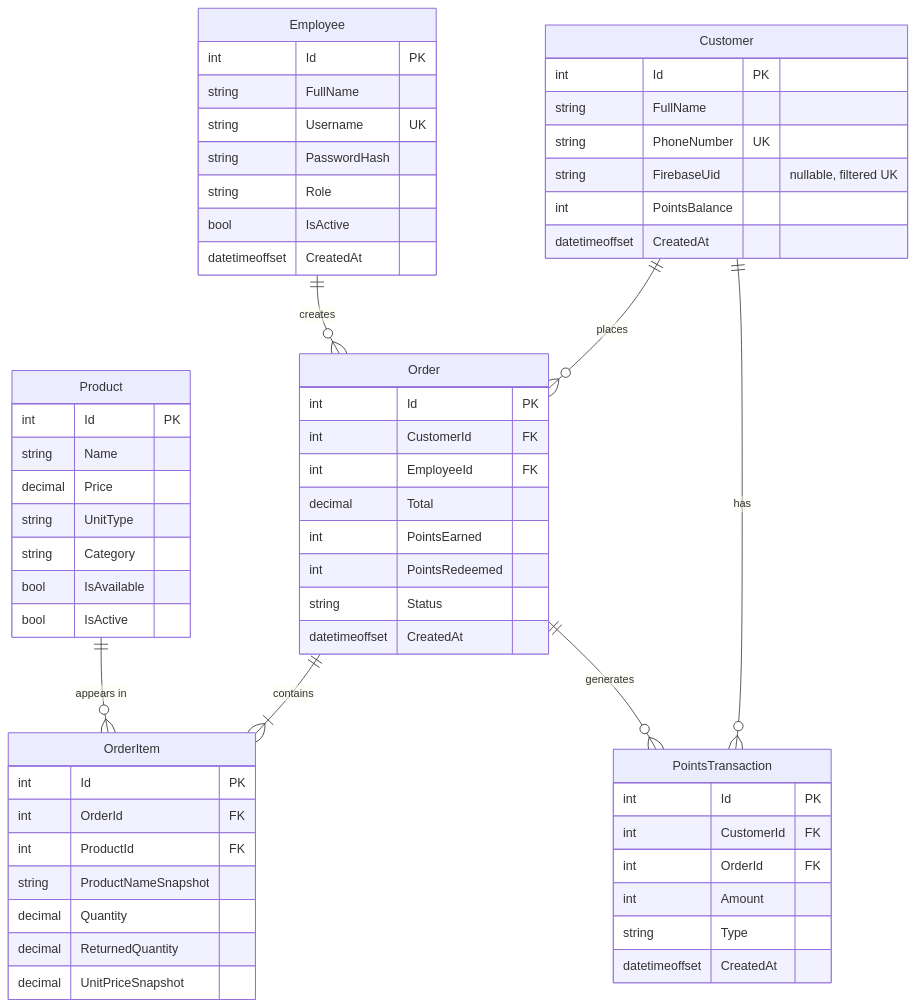
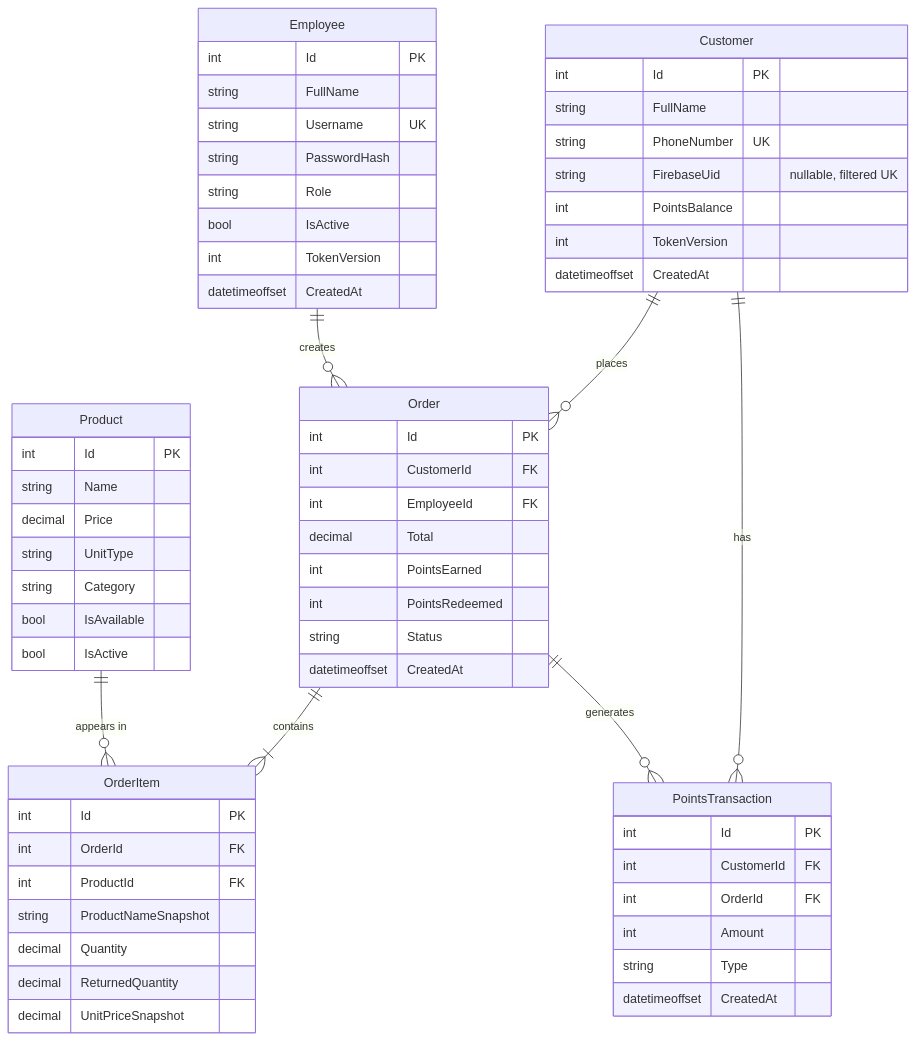
One commit to Mohammad-abdelhadi-2006/coffee-loyalty-system changed the diagram in docs/ERD.md. Above: the diagram before and after it, drawn with Mermaid. The commit also changed other lines of this file and 17 other files, not shown here.

````diff
--- a/docs/ERD.md
+++ b/docs/ERD.md
@@ -3,63 +3,65 @@
 ```mermaid
 erDiagram
     Customer {
         int Id PK
         string FullName
         string PhoneNumber UK
         string FirebaseUid "nullable, filtered UK"
         int PointsBalance
+        int TokenVersion
         datetimeoffset CreatedAt
     }
     Employee {
         int Id PK
         string FullName
         string Username UK
         string PasswordHash
         string Role
         bool IsActive
+        int TokenVersion
         datetimeoffset CreatedAt
     }
     Product {
         int Id PK
         string Name
         decimal Price
         string UnitType
         string Category
         bool IsAvailable
         bool IsActive
     }
     Order {
         int Id PK
         int CustomerId FK
         int EmployeeId FK
         decimal Total
         int PointsEarned
         int PointsRedeemed
         string Status
         datetimeoffset CreatedAt
     }
     OrderItem {
         int Id PK
         int OrderId FK
         int ProductId FK
         string ProductNameSnapshot
         decimal Quantity
         decimal ReturnedQuantity
         decimal UnitPriceSnapshot
     }
     PointsTransaction {
         int Id PK
         int CustomerId FK
         int OrderId FK
         int Amount
         string Type
         datetimeoffset CreatedAt
     }
 
     Customer ||--o{ Order : places
     Employee ||--o{ Order : creates
     Order ||--|{ OrderItem : contains
     Product ||--o{ OrderItem : "appears in"
     Customer ||--o{ PointsTransaction : has
     Order ||--o{ PointsTransaction : generates
 ```
````
